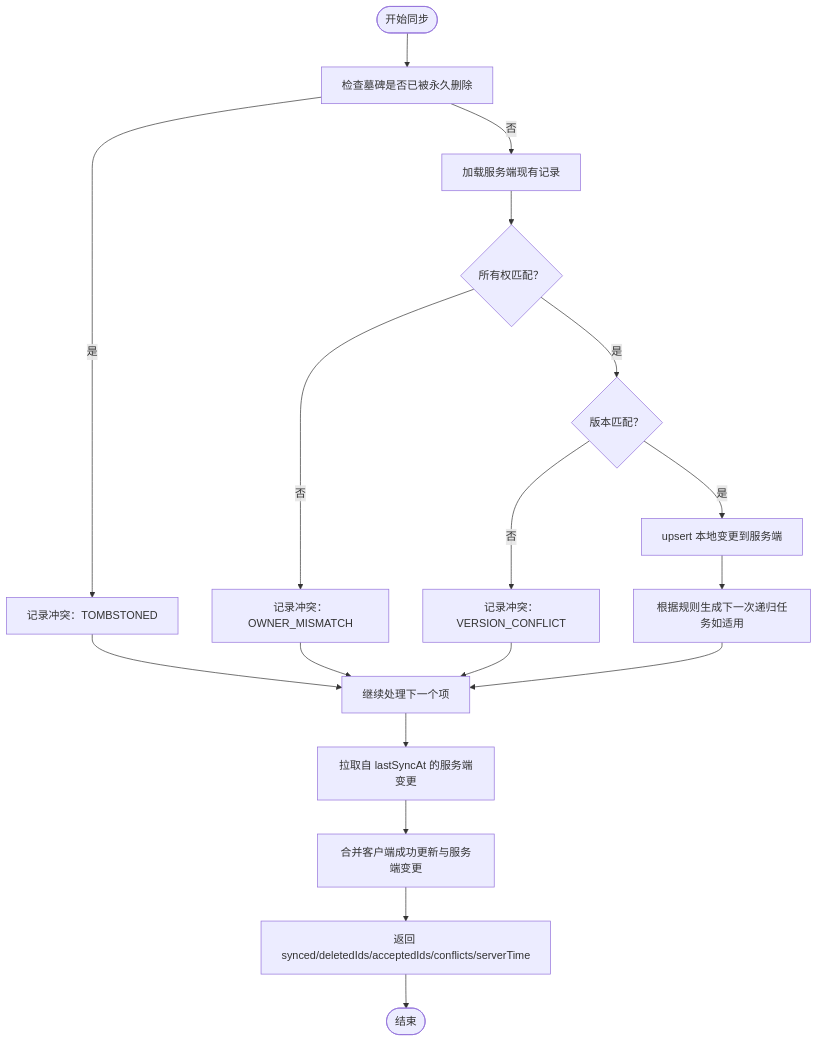
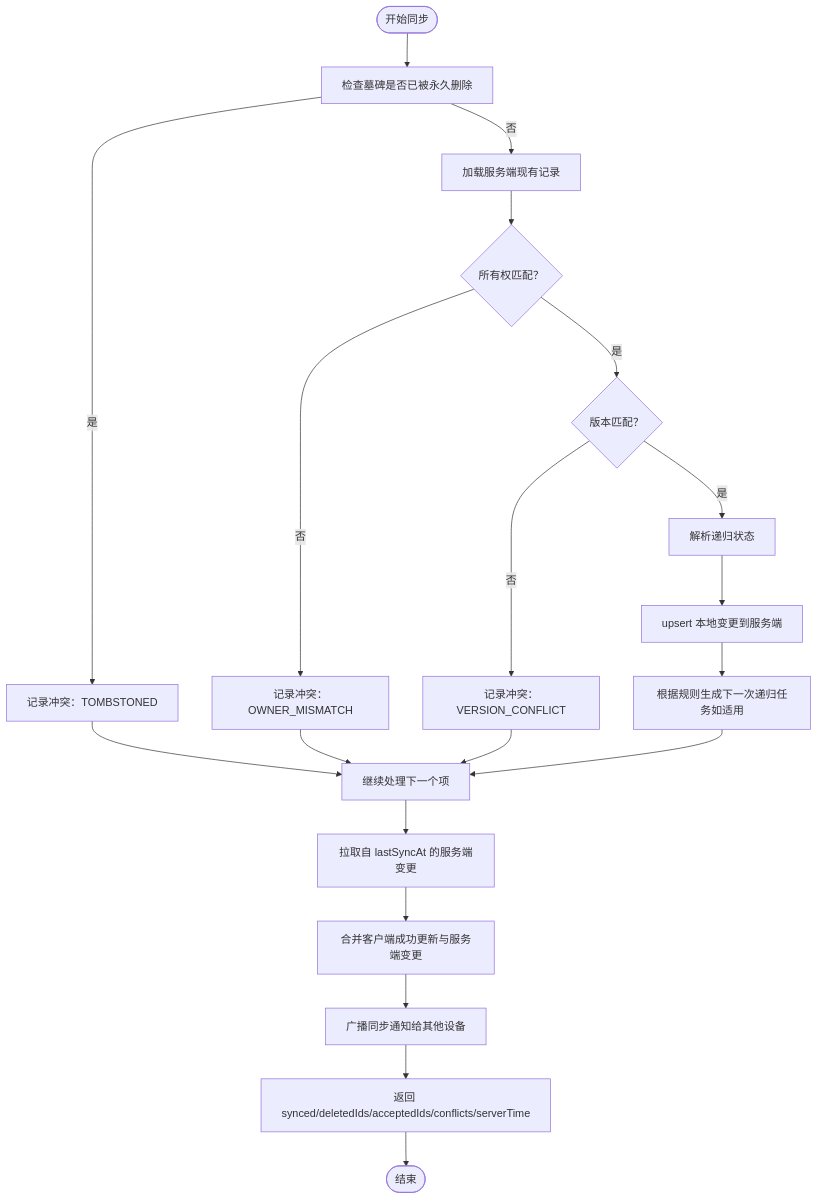
Before and after one commit to xixixiaoyu/Todo: the third of 4 diagrams in .qoder/repowiki/zh/content/后端开发/待办事项模块/API 接口规范.md, drawn with Mermaid. The commit also changed other lines of this file and 77 other files, not shown here.

````diff
--- a/.qoder/repowiki/zh/content/后端开发/待办事项模块/API 接口规范.md
+++ b/.qoder/repowiki/zh/content/后端开发/待办事项模块/API 接口规范.md
@@ -319,20 +363,22 @@
 ```mermaid
 flowchart TD
 Start(["开始同步"]) --> CheckTombstone["检查墓碑是否已被永久删除"]
 CheckTombstone --> |是| ConflictTombstone["记录冲突：TOMBSTONED"]
 CheckTombstone --> |否| LoadExisting["加载服务端现有记录"]
 LoadExisting --> CheckOwner{"所有权匹配？"}
 CheckOwner --> |否| ConflictOwner["记录冲突：OWNER_MISMATCH"]
 CheckOwner --> |是| CheckVersion{"版本匹配？"}
 CheckVersion --> |否| ConflictVersion["记录冲突：VERSION_CONFLICT"]
-CheckVersion --> |是| Upsert["upsert 本地变更到服务端"]
+CheckVersion --> |是| ResolveRecurring["解析递归状态"]
+ResolveRecurring --> Upsert["upsert 本地变更到服务端"]
 Upsert --> SpawnRecur["根据规则生成下一次递归任务如适用"]
 ConflictTombstone --> Next["继续处理下一个项"]
 ConflictOwner --> Next
 ConflictVersion --> Next
 SpawnRecur --> Next
 Next --> PullServer["拉取自 lastSyncAt 的服务端变更"]
 PullServer --> Merge["合并客户端成功更新与服务端变更"]
-Merge --> Return["返回 synced/deletedIds/acceptedIds/conflicts/serverTime"]
+Merge --> Broadcast["广播同步通知给其他设备"]
+Broadcast --> Return["返回 synced/deletedIds/acceptedIds/conflicts/serverTime"]
 Return --> End(["结束"])
 ```
````
